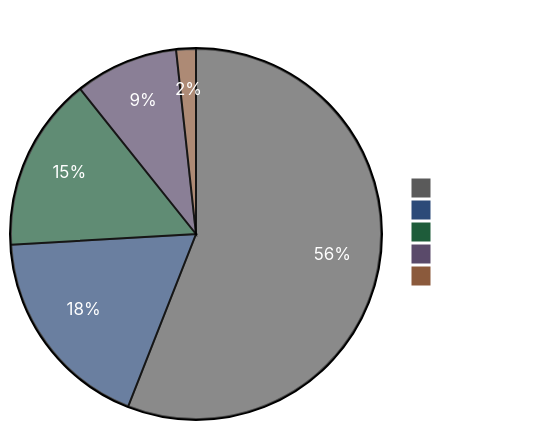
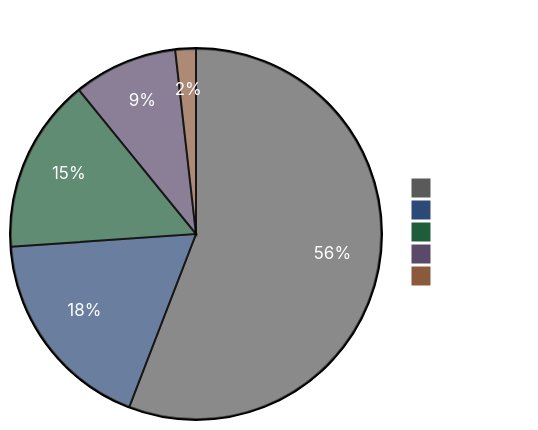
The diagram in README.md (ccmeteorljh/reco-arxiv-daily), drawn with Mermaid before and after one commit. The commit also changed other lines of this file and 7 other files, not shown here.

````diff
--- a/README.md
+++ b/README.md
@@ -6,19 +6,19 @@
 ```mermaid
 %%{init: {'theme':'base', 'themeVariables': {
   'pie1':'#5a5a5a',
   'pie2':'#2c4a78',
   'pie3':'#1e5c3a',
   'pie4':'#5a4a6a',
   'pie5':'#8b5a3c',
   'pieTitleTextColor':'#ffffff',
   'pieSectionTextColor':'#ffffff',
   'pieLegendTextColor':'#ffffff'
 }}}%%
 pie showData
 title Paper Distribution by Tag
-  "Other" : 652
+  "Other" : 653
   "LLM" : 211
-  "GR" : 177
-  "Seq" : 105
-  "Scaling" : 20
+  "GR" : 178
+  "Seq" : 106
+  "Scaling" : 21
 ```
````
